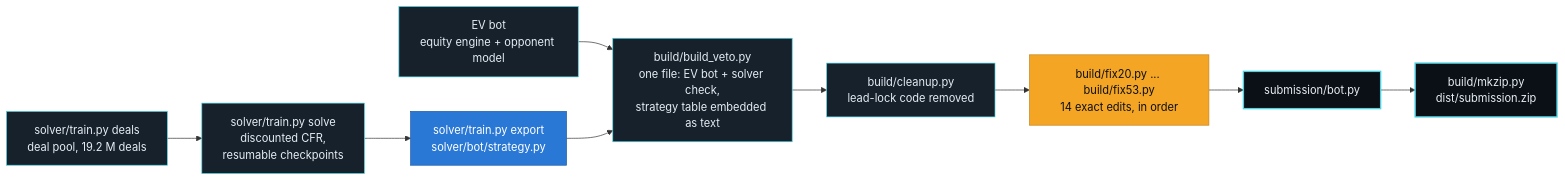
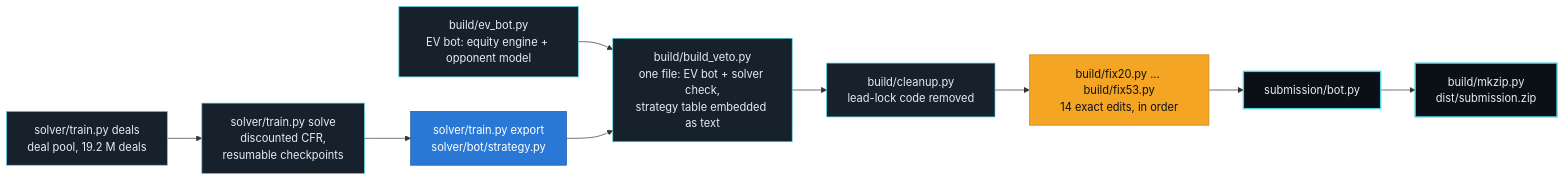
Before and after one commit to Paradox-73/PokerBots: the second of 2 diagrams in README.md, drawn with Mermaid. The commit also changed other lines of this file and 5 other files, not shown here.

````diff
--- a/README.md
+++ b/README.md
@@ -180,16 +180,16 @@
 ```mermaid
 flowchart LR
     D["solver/train.py deals<br/>deal pool, 19.2 M deals"]:::step --> S["solver/train.py solve<br/>discounted CFR,<br/>resumable checkpoints"]:::step
     S --> E["solver/train.py export<br/>solver/bot/strategy.py"]:::sol
-    EVB["EV bot<br/>equity engine + opponent model"]:::step --> V
+    EVB["build/ev_bot.py<br/>EV bot: equity engine + opponent model"]:::step --> V
     E --> V["build/build_veto.py<br/>one file: EV bot + solver check,<br/>strategy table embedded as text"]:::step
     V --> C["build/cleanup.py<br/>lead-lock code removed"]:::step
     C --> F["build/fix20.py ... build/fix53.py<br/>14 exact edits, in order"]:::cut
     F --> B["submission/bot.py"]:::io
     B --> Z["build/mkzip.py<br/>dist/submission.zip"]:::io
 
     classDef io fill:#0b1016,stroke:#4fd1e0,stroke-width:2px,color:#e6edf3
     classDef step fill:#16212c,stroke:#4fd1e0,color:#e6edf3
     classDef sol fill:#2a78d6,stroke:#1d5aa3,color:#ffffff
     classDef cut fill:#f5a524,stroke:#c4831a,color:#0b1016
 ```
````
